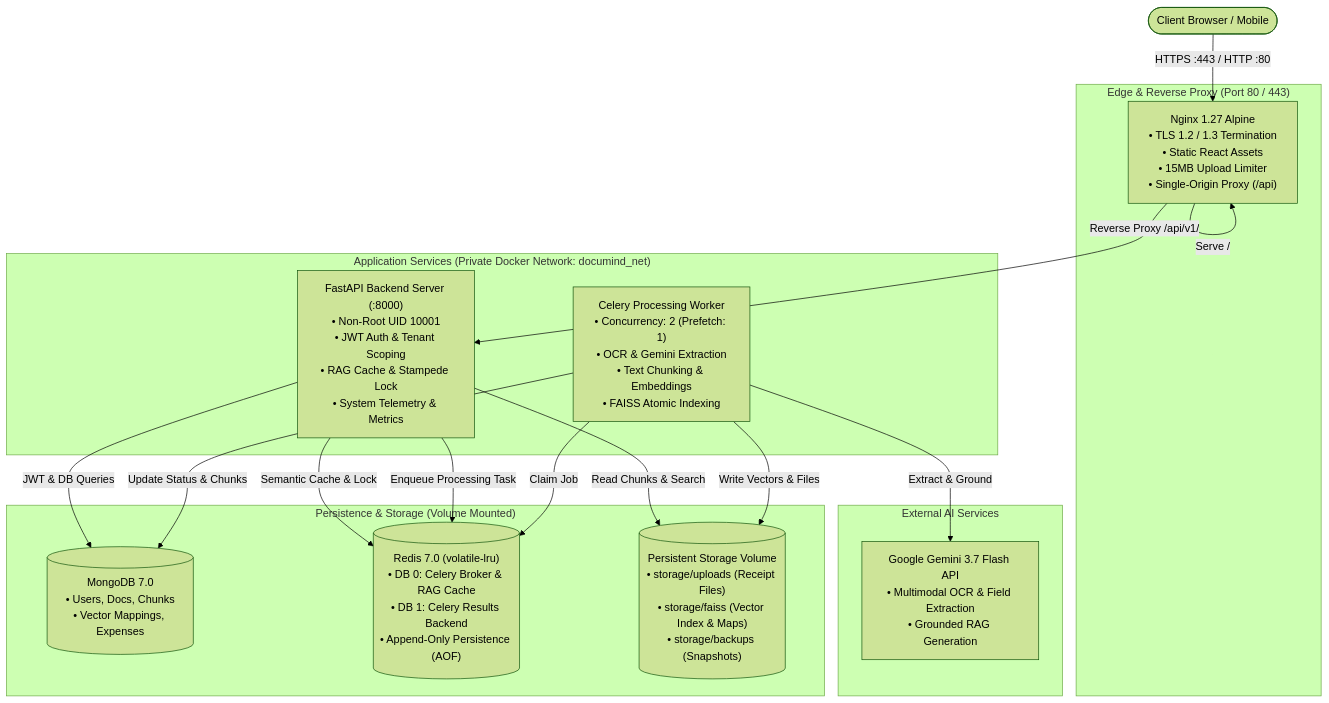
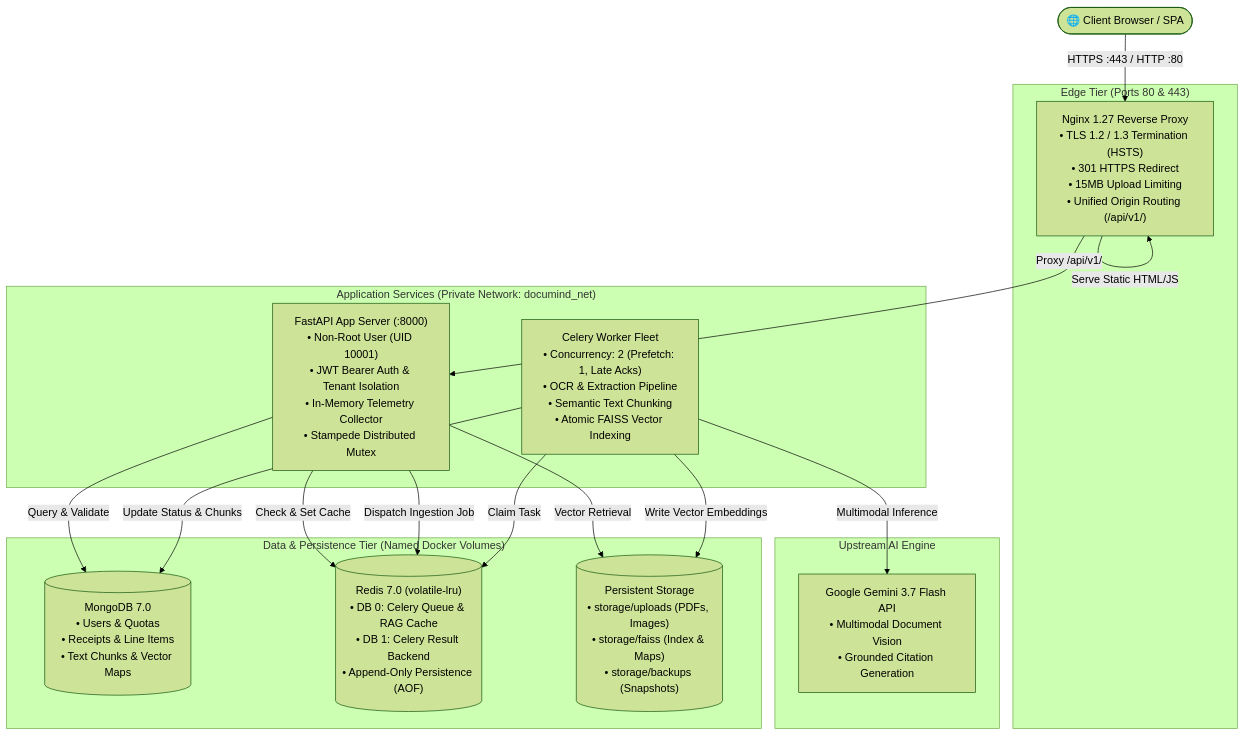
One commit to Swapnaja14/DocuMindAI--AI-Powered-Receipt-Document-Intelligence-System changed the diagram in README.md. Above: the diagram before and after it, drawn with Mermaid (forest theme). The commit also changed other lines of this file and 4 other files, not shown here.

````diff
--- a/README.md
+++ b/README.md
@@ -32,35 +41,35 @@
 ```mermaid
 flowchart TD
-    User(["Client Browser / Mobile"])
-    
-    subgraph ReverseProxy ["Edge & Reverse Proxy (Port 80 / 443)"]
-        Nginx["Nginx 1.27 Alpine<br/>• TLS 1.2 / 1.3 Termination<br/>• Static React Assets<br/>• 15MB Upload Limiter<br/>• Single-Origin Proxy (/api)"]
+    Client(["🌐 Client Browser / SPA"])
+
+    subgraph Edge ["Edge Tier (Ports 80 & 443)"]
+        Nginx["Nginx 1.27 Reverse Proxy<br/>• TLS 1.2 / 1.3 Termination (HSTS)<br/>• 301 HTTPS Redirect<br/>• 15MB Upload Limiting<br/>• Unified Origin Routing (/api/v1/)"]
     end
 
-    subgraph AppCluster ["Application Services (Private Docker Network: documind_net)"]
-        FastAPI["FastAPI Backend Server (:8000)<br/>• Non-Root UID 10001<br/>• JWT Auth & Tenant Scoping<br/>• RAG Cache & Stampede Lock<br/>• System Telemetry & Metrics"]
-        CeleryWorker["Celery Processing Worker<br/>• Concurrency: 2 (Prefetch: 1)<br/>• OCR & Gemini Extraction<br/>• Text Chunking & Embeddings<br/>• FAISS Atomic Indexing"]
+    subgraph AppTier ["Application Services (Private Network: documind_net)"]
+        FastAPI["FastAPI App Server (:8000)<br/>• Non-Root User (UID 10001)<br/>• JWT Bearer Auth & Tenant Isolation<br/>• In-Memory Telemetry Collector<br/>• Stampede Distributed Mutex"]
+        CeleryWorker["Celery Worker Fleet<br/>• Concurrency: 2 (Prefetch: 1, Late Acks)<br/>• OCR & Extraction Pipeline<br/>• Semantic Text Chunking<br/>• Atomic FAISS Vector Indexing"]
     end
 
-    subgraph DataTier ["Persistence & Storage (Volume Mounted)"]
-        MongoDB[("MongoDB 7.0<br/>• Users, Docs, Chunks<br/>• Vector Mappings, Expenses")]
-        Redis[("Redis 7.0 (volatile-lru)<br/>• DB 0: Celery Broker & RAG Cache<br/>• DB 1: Celery Results Backend<br/>• Append-Only Persistence (AOF)")]
-        Storage[("Persistent Storage Volume<br/>• storage/uploads (Receipt Files)<br/>• storage/faiss (Vector Index & Maps)<br/>• storage/backups (Snapshots)")]
+    subgraph DataStorage ["Data & Persistence Tier (Named Docker Volumes)"]
+        MongoDB[("MongoDB 7.0<br/>• Users & Quotas<br/>• Receipts & Line Items<br/>• Text Chunks & Vector Maps")]
+        Redis[("Redis 7.0 (volatile-lru)<br/>• DB 0: Celery Queue & RAG Cache<br/>• DB 1: Celery Result Backend<br/>• Append-Only Persistence (AOF)")]
+        Storage[("Persistent Storage<br/>• storage/uploads (PDFs, Images)<br/>• storage/faiss (Index & Maps)<br/>• storage/backups (Snapshots)")]
     end
 
-    subgraph Upstream ["External AI Services"]
-        Gemini["Google Gemini 3.7 Flash API<br/>• Multimodal OCR & Field Extraction<br/>• Grounded RAG Generation"]
+    subgraph ExternalServices ["Upstream AI Engine"]
+        Gemini["Google Gemini 3.7 Flash API<br/>• Multimodal Document Vision<br/>• Grounded Citation Generation"]
     end
 
-    User -->|HTTPS :443 / HTTP :80| Nginx
-    Nginx -->|Serve /| Nginx
-    Nginx -->|Reverse Proxy /api/v1/| FastAPI
-    FastAPI -->|JWT & DB Queries| MongoDB
-    FastAPI -->|Semantic Cache & Lock| Redis
-    FastAPI -->|Enqueue Processing Task| Redis
-    FastAPI -->|Read Chunks & Search| Storage
-    CeleryWorker -->|Claim Job| Redis
-    CeleryWorker -->|Extract & Ground| Gemini
+    Client -->|HTTPS :443 / HTTP :80| Nginx
+    Nginx -->|Serve Static HTML/JS| Nginx
+    Nginx -->|Proxy /api/v1/| FastAPI
+    FastAPI -->|Query & Validate| MongoDB
+    FastAPI -->|Check & Set Cache| Redis
+    FastAPI -->|Dispatch Ingestion Job| Redis
+    FastAPI -->|Vector Retrieval| Storage
+    CeleryWorker -->|Claim Task| Redis
+    CeleryWorker -->|Multimodal Inference| Gemini
     CeleryWorker -->|Update Status & Chunks| MongoDB
-    CeleryWorker -->|Write Vectors & Files| Storage
+    CeleryWorker -->|Write Vector Embeddings| Storage
 ```
````
